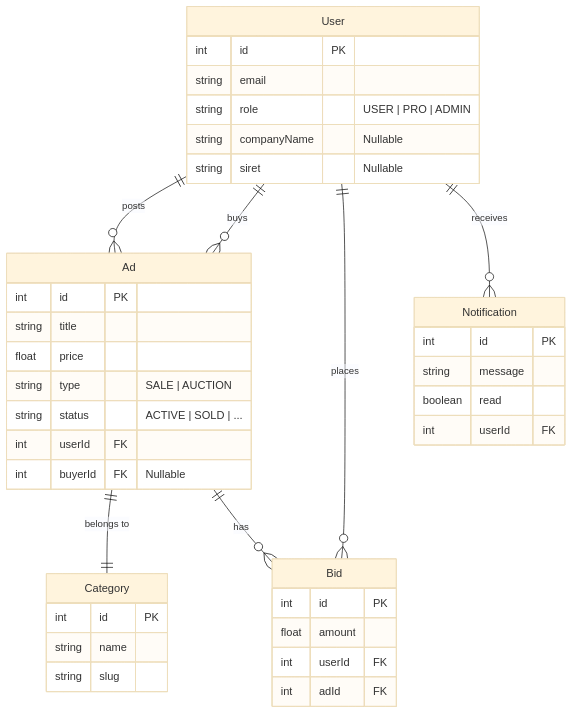
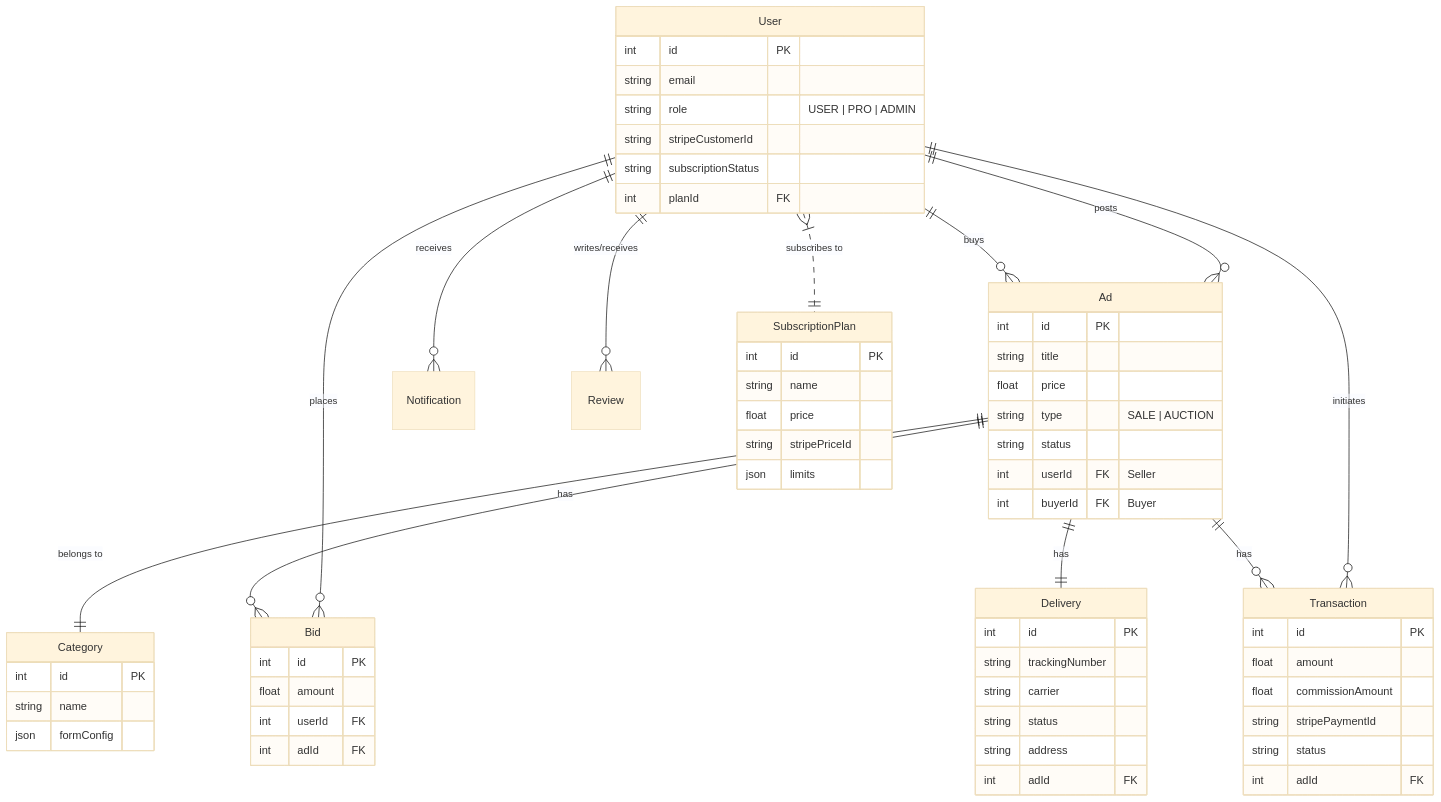
One commit to Karamelooo/ESGI-purple-dog changed the diagram in README.md. Above: the diagram before and after it, drawn with Mermaid (base theme). The commit also changed other lines of this file, not shown here.

Commit message:
feat: Update README to include subscription management, Stripe payments, logistics, refined dashboards, and an expanded database schema.

````diff
--- a/README.md
+++ b/README.md
@@ -175,47 +135,73 @@
 ```mermaid
 erDiagram
     User ||--o{ Ad : "posts"
     User ||--o{ Ad : "buys"
     User ||--o{ Bid : "places"
     User ||--o{ Notification : "receives"
+    User ||--o{ Transaction : "initiates"
+    User ||--o{ Review : "writes/receives"
+    User }|..|| SubscriptionPlan : "subscribes to"
+    
     Ad ||--|| Category : "belongs to"
     Ad ||--o{ Bid : "has"
+    Ad ||--o{ Transaction : "has"
+    Ad ||--|| Delivery : "has"
 
     User {
         int id PK
         string email
         string role "USER | PRO | ADMIN"
-        string companyName "Nullable"
-        string siret "Nullable"
+        string stripeCustomerId
+        string subscriptionStatus
+        int planId FK
+    }
+
+    SubscriptionPlan {
+        int id PK
+        string name
+        float price
+        string stripePriceId
+        json limits
     }
 
     Ad {
         int id PK
         string title
         float price
         string type "SALE | AUCTION"
-        string status "ACTIVE | SOLD | ..."
-        int userId FK
-        int buyerId FK "Nullable"
+        string status
+        int userId FK "Seller"
+        int buyerId FK "Buyer"
     }
 
     Bid {
         int id PK
         float amount
         int userId FK
         int adId FK
     }
 
+    Transaction {
+        int id PK
+        float amount
+        float commissionAmount
+        string stripePaymentId
+        string status
+        int adId FK
+    }
+
+    Delivery {
+        int id PK
+        string trackingNumber
+        string carrier
+        string status
+        string address
+        int adId FK
+    }
+
     Category {
         int id PK
         string name
-        string slug
-    }
-
-    Notification {
-        int id PK
-        string message
-        boolean read
-        int userId FK
+        json formConfig
     }
 ```
````
